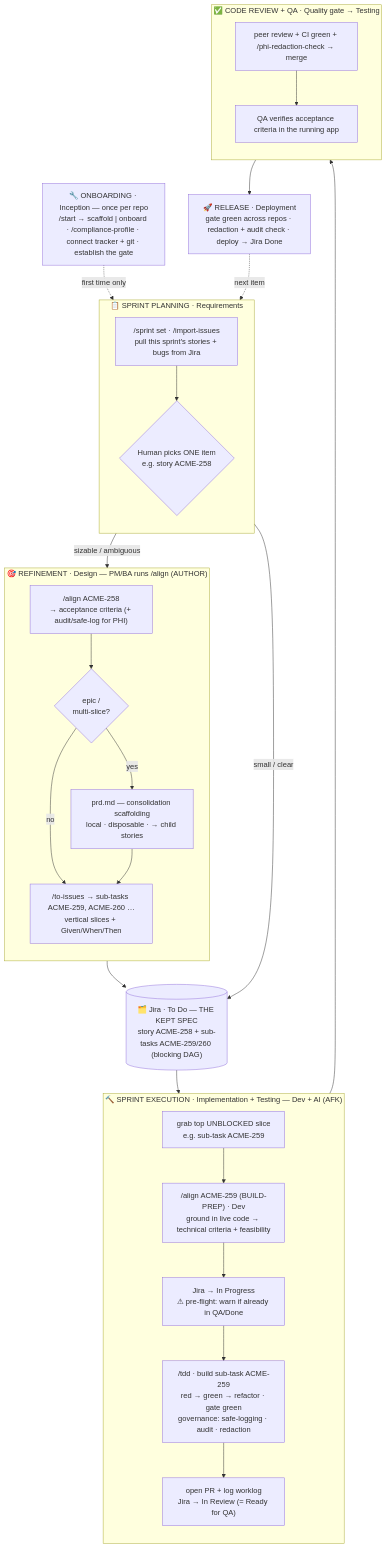
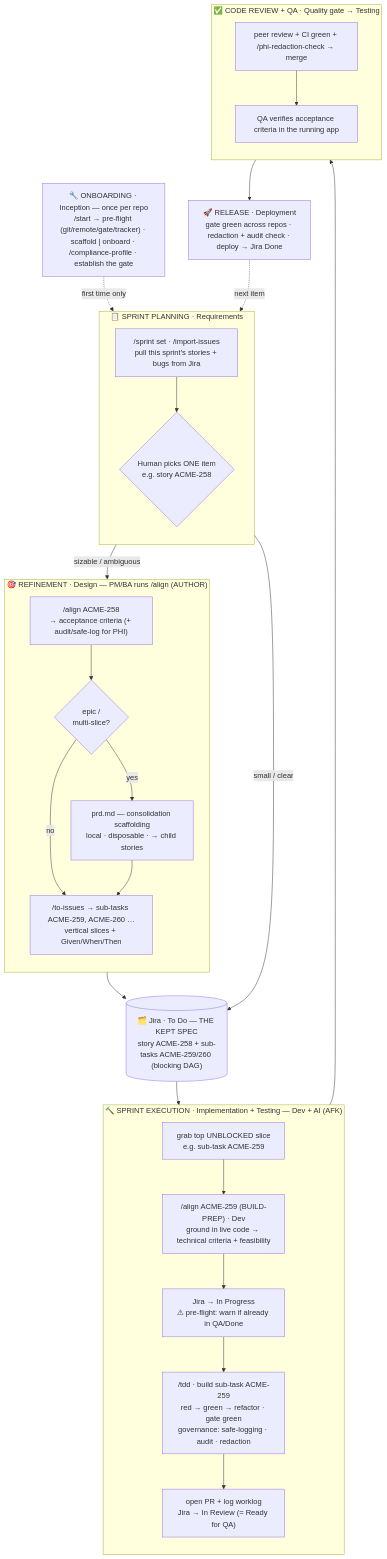
One commit to Mindbowser/health-harness changed the diagram in README.md. Above: the diagram before and after it, drawn with Mermaid. The commit also changed other lines of this file and 18 other files, not shown here.

````diff
--- a/README.md
+++ b/README.md
@@ -52,45 +52,45 @@
 ```mermaid
 flowchart TD
-    SETUP["🔧 ONBOARDING · Inception — once per repo<br/>/start → scaffold | onboard · /compliance-profile · connect tracker + git · establish the gate"]
+    SETUP["🔧 ONBOARDING · Inception — once per repo<br/>/start → pre-flight (git/remote/gate/tracker) · scaffold | onboard · /compliance-profile · establish the gate"]
 
     subgraph PLAN["📋 SPRINT PLANNING · Requirements"]
         direction TB
         SP["/sprint set · /import-issues<br/>pull this sprint's stories + bugs from Jira"] --> PICK{"Human picks ONE item<br/>e.g. story ACME-258"}
     end
 
     subgraph REFINE["🎯 REFINEMENT · Design — PM/BA runs /align (AUTHOR)"]
         direction TB
         AL["/align ACME-258<br/>→ acceptance criteria (+ audit/safe-log for PHI)"]
         AL --> BIG{"epic /<br/>multi-slice?"}
         BIG -->|yes| PRD["prd.md — consolidation scaffolding<br/>local · disposable · → child stories"]
         BIG -->|no| SL["/to-issues → sub-tasks ACME-259, ACME-260 …<br/>vertical slices + Given/When/Then"]
         PRD --> SL
     end
 
     JIRA[("🗂️ Jira · To Do — THE KEPT SPEC<br/>story ACME-258 + sub-tasks ACME-259/260 (blocking DAG)")]
 
     subgraph BUILD["🔨 SPRINT EXECUTION · Implementation + Testing — Dev + AI (AFK)"]
         direction TB
         GRAB["grab top UNBLOCKED slice<br/>e.g. sub-task ACME-259"] --> BP["/align ACME-259 (BUILD-PREP) · Dev<br/>ground in live code → technical criteria + feasibility"]
         BP --> WIP["Jira → In Progress<br/>⚠ pre-flight: warn if already in QA/Done"]
         WIP --> TDD["/tdd · build sub-task ACME-259<br/>red → green → refactor · gate green<br/>governance: safe-logging · audit · redaction"]
         TDD --> PRW["open PR + log worklog<br/>Jira → In Review (= Ready for QA)"]
     end
 
     subgraph VERIFY["✅ CODE REVIEW + QA · Quality gate → Testing"]
         direction TB
         CR["peer review + CI green + /phi-redaction-check → merge"]
         CR --> QA["QA verifies acceptance criteria in the running app"]
     end
 
     REL["🚀 RELEASE · Deployment<br/>gate green across repos · redaction + audit check · deploy → Jira Done"]
 
     SETUP -.->|first time only| SP
     PICK -->|sizable / ambiguous| AL
     PICK -->|small / clear| JIRA
     SL --> JIRA
     JIRA --> GRAB
     PRW --> CR
     QA --> REL
     REL -.->|next item| PICK
 ```
````
